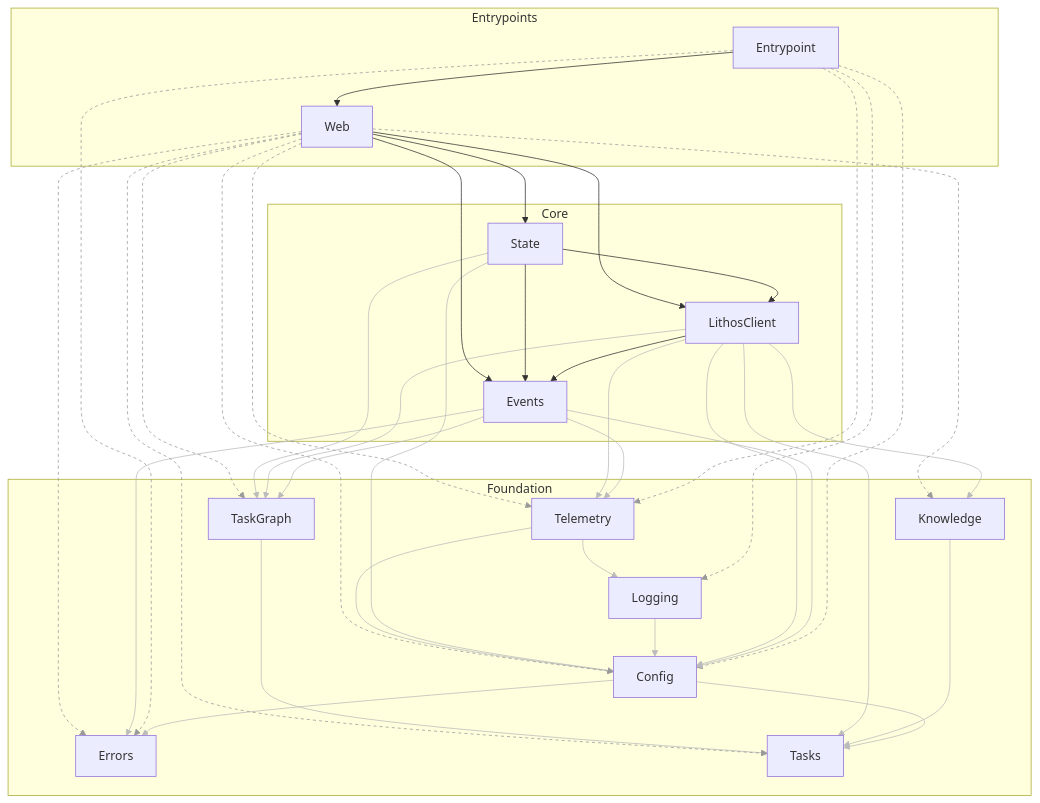
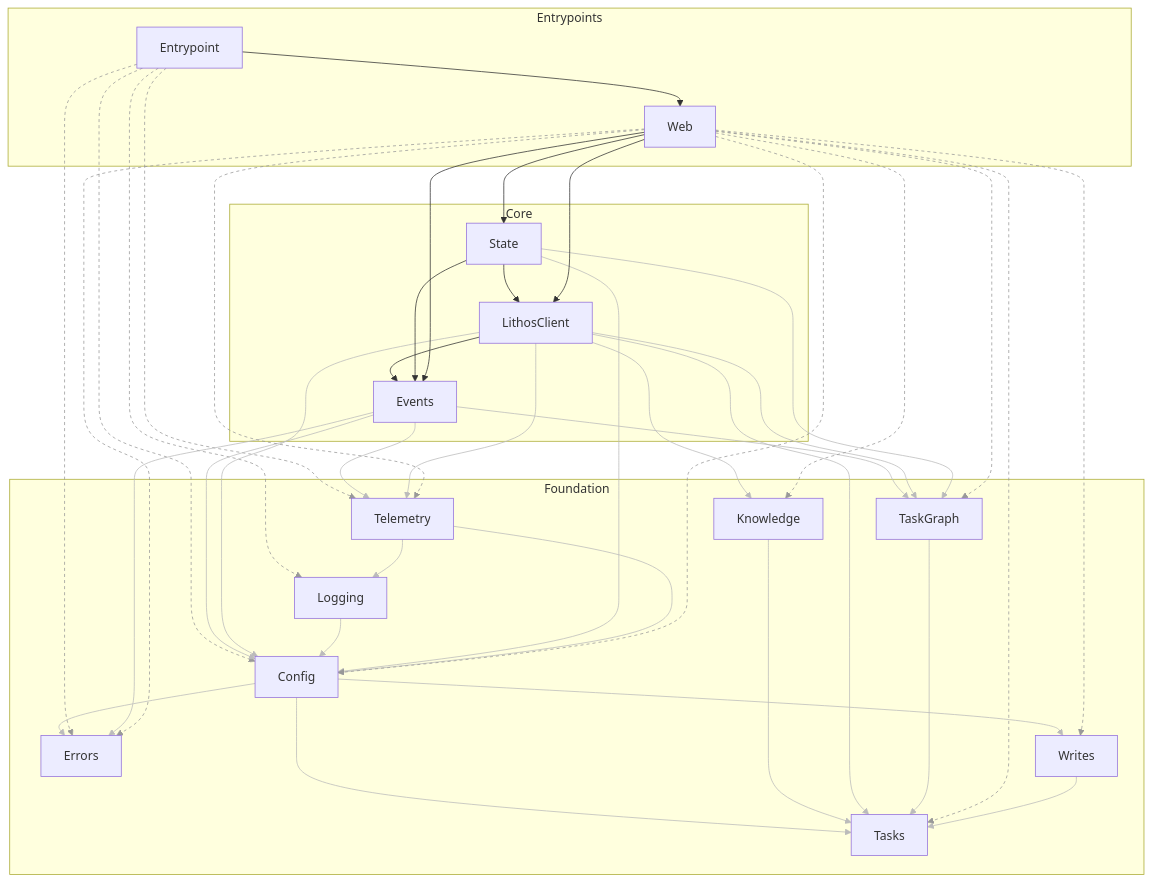
One commit to agent-lore/lithos-lens changed the diagram in docs/generated/architecture.md. Above: the diagram before and after it, drawn with Mermaid. The commit also changed 45 other files, not shown here.

````diff
--- a/docs/generated/architecture.md
+++ b/docs/generated/architecture.md
@@ -22,6 +22,7 @@
     TaskGraph
     Tasks
     Telemetry
+    Writes
   end
   click Config "components/Config.md"
   click Entrypoint "components/Entrypoint.md"
@@ -35,8 +36,10 @@
   click Tasks "components/Tasks.md"
   click Telemetry "components/Telemetry.md"
   click Web "components/Web.md"
+  click Writes "components/Writes.md"
   Config --> Errors
   Config --> Tasks
+  Config --> Writes
   Entrypoint --> Config
   Entrypoint --> Errors
   Entrypoint --> Logging
@@ -70,32 +73,37 @@
   Web --> TaskGraph
   Web --> Tasks
   Web --> Telemetry
+  Web --> Writes
+  Writes --> Tasks
   linkStyle 0 stroke:#bbb
   linkStyle 1 stroke:#bbb
-  linkStyle 2 stroke:#999,stroke-dasharray:4
+  linkStyle 2 stroke:#bbb
   linkStyle 3 stroke:#999,stroke-dasharray:4
   linkStyle 4 stroke:#999,stroke-dasharray:4
   linkStyle 5 stroke:#999,stroke-dasharray:4
-  linkStyle 7 stroke:#bbb
+  linkStyle 6 stroke:#999,stroke-dasharray:4
   linkStyle 8 stroke:#bbb
   linkStyle 9 stroke:#bbb
   linkStyle 10 stroke:#bbb
   linkStyle 11 stroke:#bbb
   linkStyle 12 stroke:#bbb
-  linkStyle 14 stroke:#bbb
+  linkStyle 13 stroke:#bbb
   linkStyle 15 stroke:#bbb
   linkStyle 16 stroke:#bbb
   linkStyle 17 stroke:#bbb
   linkStyle 18 stroke:#bbb
   linkStyle 19 stroke:#bbb
-  linkStyle 22 stroke:#bbb
+  linkStyle 20 stroke:#bbb
   linkStyle 23 stroke:#bbb
   linkStyle 24 stroke:#bbb
   linkStyle 25 stroke:#bbb
-  linkStyle 26 stroke:#999,stroke-dasharray:4
+  linkStyle 26 stroke:#bbb
   linkStyle 27 stroke:#999,stroke-dasharray:4
-  linkStyle 29 stroke:#999,stroke-dasharray:4
-  linkStyle 32 stroke:#999,stroke-dasharray:4
+  linkStyle 28 stroke:#999,stroke-dasharray:4
+  linkStyle 30 stroke:#999,stroke-dasharray:4
   linkStyle 33 stroke:#999,stroke-dasharray:4
   linkStyle 34 stroke:#999,stroke-dasharray:4
+  linkStyle 35 stroke:#999,stroke-dasharray:4
+  linkStyle 36 stroke:#999,stroke-dasharray:4
+  linkStyle 37 stroke:#bbb
 ```
````
